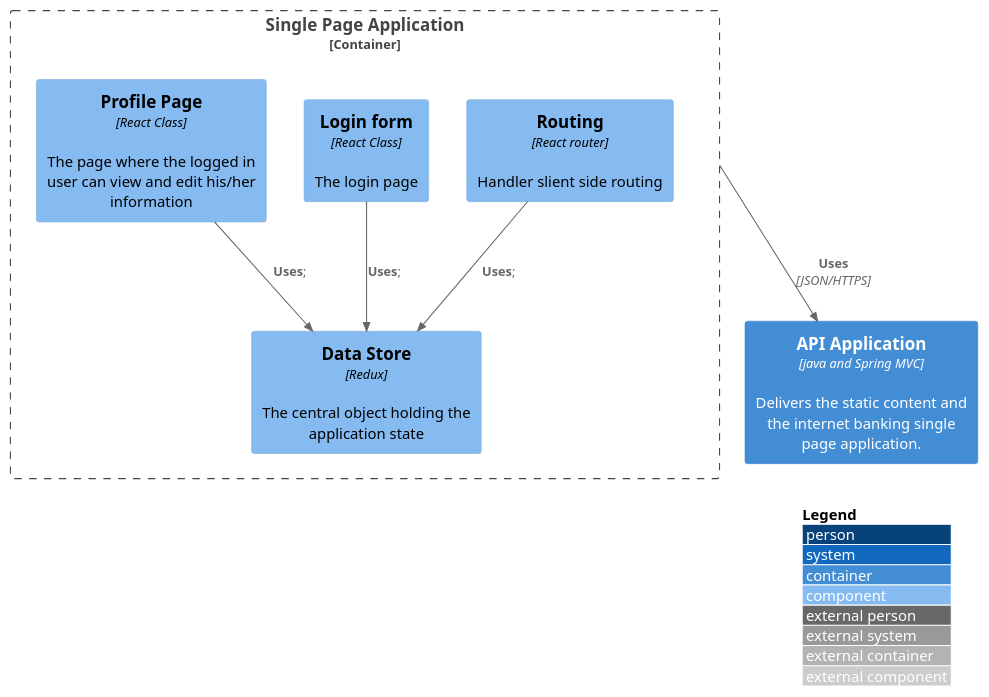
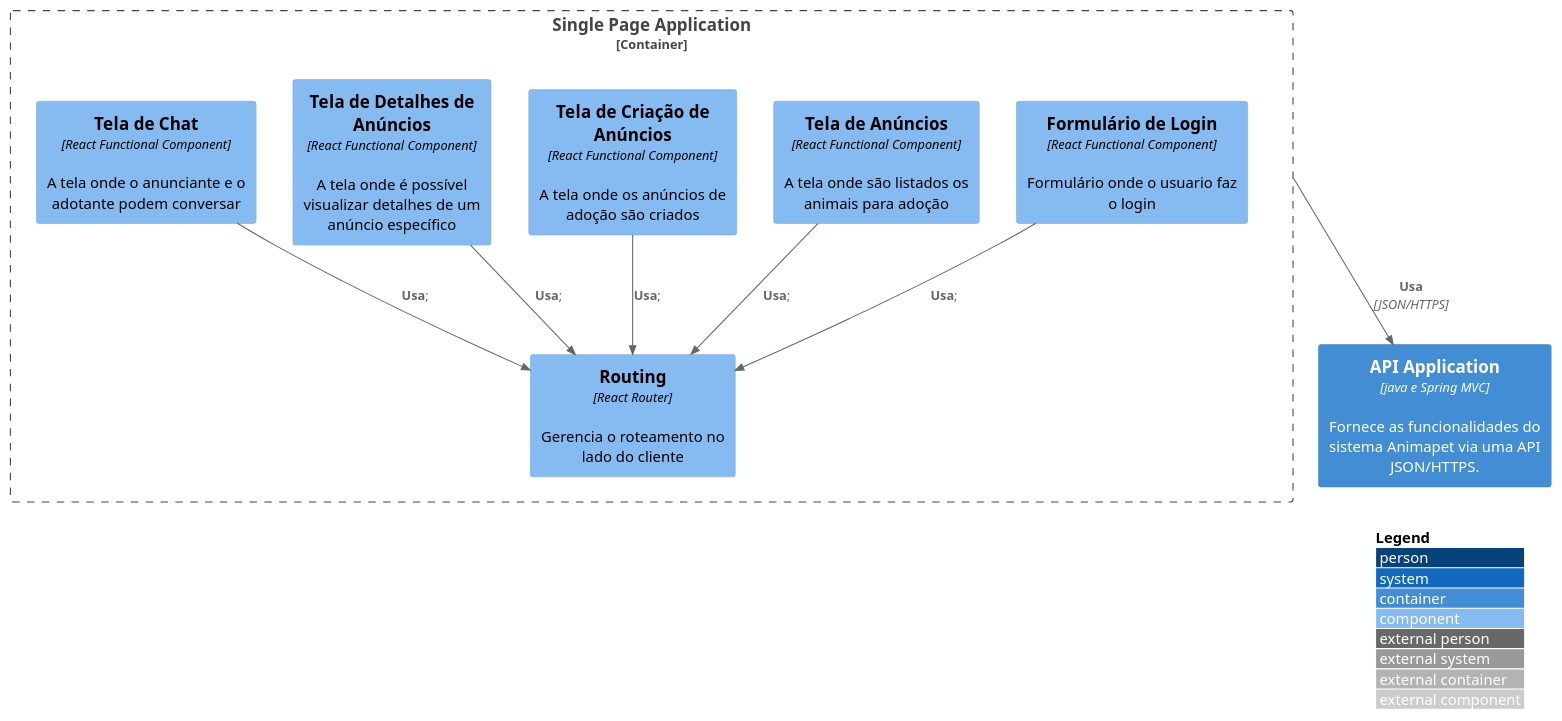
One commit to andrelquiosi/ANIMAPET changed the diagram in src/Sistema animapet/Single Page Application/container.puml. Above: the diagram before and after it, drawn with PlantUML.

Commit message:
Adicionando componente spa

```diff
--- a/src/Sistema animapet/Single Page Application/container.puml
+++ b/src/Sistema animapet/Single Page Application/container.puml
@@ -1,21 +1,25 @@
 @startuml ComponenteSPA
 !include https://raw.githubusercontent.com/adrianvlupu/C4-PlantUML/latest/C4_Component.puml
 
 LAYOUT_WITH_LEGEND()
 
-Container(api, "API Application", "java and Spring MVC", "Delivers the static content and the internet banking single page application.")
+Container(api, "API Application", "java e Spring MVC", "Fornece as funcionalidades do sistema Animapet via uma API JSON/HTTPS.")
 
 Container_Boundary(spa, "Single Page Application") {
-    Component(routing, "Routing", "React router", "Handler slient side routing")
-    Component(store, "Data Store", "Redux", "The central object holding the application state")
-    Component(login, "Login form", "React Class", "The login page")
-    Component(profile, "Profile Page", "React Class", "The page where the logged in user can view and edit his/her information")
+    Component(login, "Formulário de Login", "React Functional Component", "Formulário onde o usuario faz o login")
+    Component(adocao, "Tela de Anúncios", "React Functional Component", "A tela onde são listados os animais para adoção")
+    Component(criacao, "Tela de Criação de Anúncios", "React Functional Component", "A tela onde os anúncios de adoção são criados")
+    Component(detalhes, "Tela de Detalhes de Anúncios", "React Functional Component", "A tela onde é possível visualizar detalhes de um anúncio específico")
+    Component(chat, "Tela de Chat", "React Functional Component", "A tela onde o anunciante e o adotante podem conversar")
+    Component(routing, "Routing", "React Router", "Gerencia o roteamento no lado do cliente")
 }
 
-Rel(spa, api, "Uses", "JSON/HTTPS")
+Rel(spa, api, "Usa", "JSON/HTTPS")
 
-Rel(login, store, "Uses");
-Rel(routing, store, "Uses");
-Rel(profile, store, "Uses");
+Rel(login, routing, "Usa");
+Rel(adocao, routing, "Usa");
+Rel(criacao, routing, "Usa");
+Rel(detalhes, routing, "Usa");
+Rel(chat, routing, "Usa");
 
 @enduml
```
